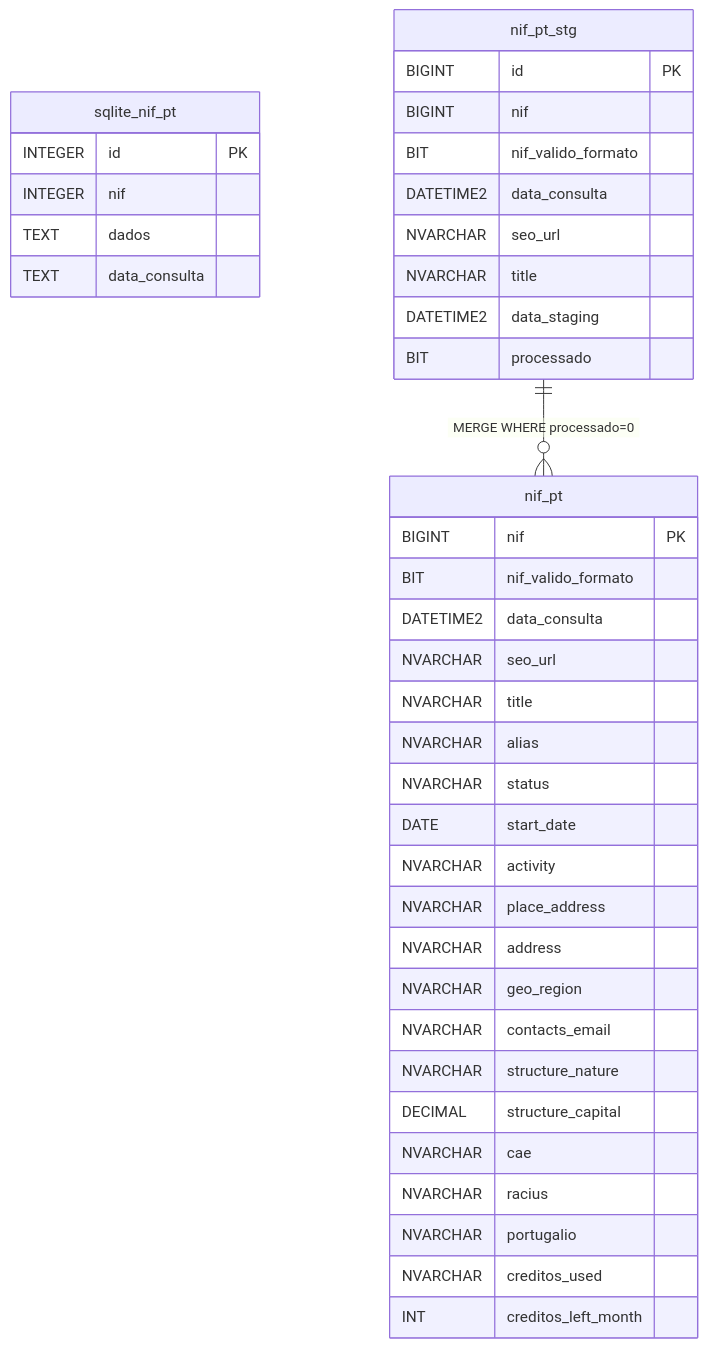
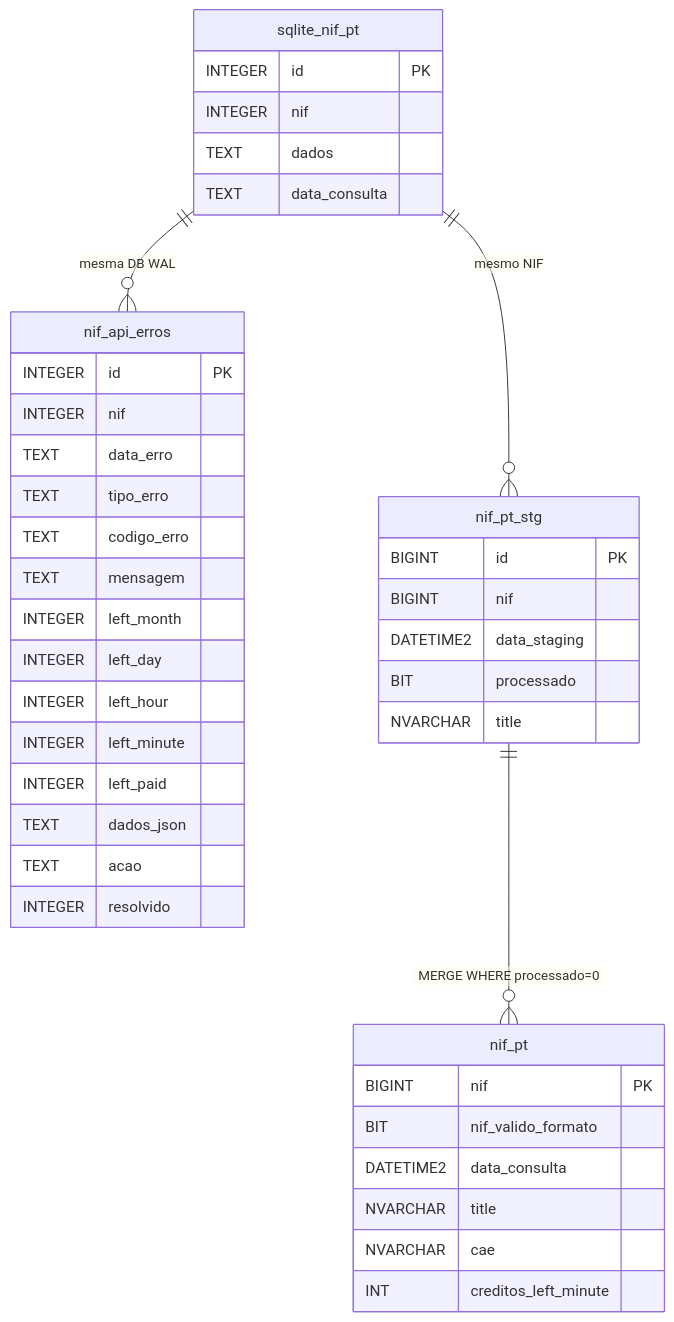
One commit to nunoetome/nif-pt changed the fifth of 8 diagrams in docs/architecture/diagrams.md. Above: the diagram before and after it, drawn with Mermaid. The commit also changed other lines of this file and 19 other files, not shown here.

````diff
--- a/docs/architecture/diagrams.md
+++ b/docs/architecture/diagrams.md
@@ -150,42 +153,43 @@
 ```mermaid
 erDiagram
     sqlite_nif_pt {
         INTEGER id PK
         INTEGER nif
         TEXT dados
         TEXT data_consulta
     }
+    nif_api_erros {
+        INTEGER id PK
+        INTEGER nif
+        TEXT data_erro
+        TEXT tipo_erro
+        TEXT codigo_erro
+        TEXT mensagem
+        INTEGER left_month
+        INTEGER left_day
+        INTEGER left_hour
+        INTEGER left_minute
+        INTEGER left_paid
+        TEXT dados_json
+        TEXT acao
+        INTEGER resolvido
+    }
     nif_pt {
         BIGINT nif PK
         BIT nif_valido_formato
         DATETIME2 data_consulta
-        NVARCHAR seo_url
         NVARCHAR title
-        NVARCHAR alias
-        NVARCHAR status
-        DATE start_date
-        NVARCHAR activity
-        NVARCHAR place_address
-        NVARCHAR address
-        NVARCHAR geo_region
-        NVARCHAR contacts_email
-        NVARCHAR structure_nature
-        DECIMAL structure_capital
         NVARCHAR cae
-        NVARCHAR racius
-        NVARCHAR portugalio
-        NVARCHAR creditos_used
-        INT creditos_left_month
+        INT creditos_left_minute
     }
     nif_pt_stg {
         BIGINT id PK
         BIGINT nif
-        BIT nif_valido_formato
-        DATETIME2 data_consulta
-        NVARCHAR seo_url
-        NVARCHAR title
         DATETIME2 data_staging
         BIT processado
+        NVARCHAR title
     }
     nif_pt_stg ||--o{ nif_pt : "MERGE WHERE processado=0"
+    sqlite_nif_pt ||--o{ nif_pt_stg : "mesmo NIF"
+    sqlite_nif_pt ||--o{ nif_api_erros : "mesma DB WAL"
 ```
````
